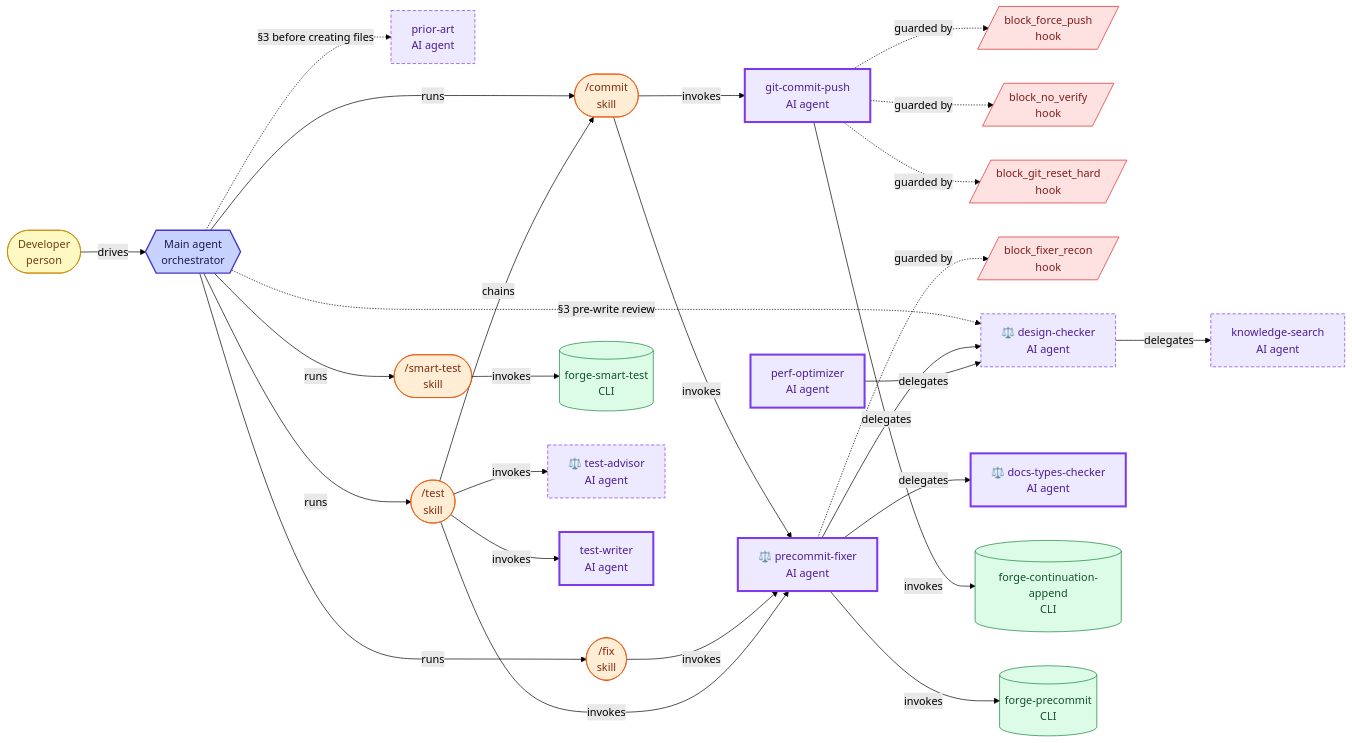
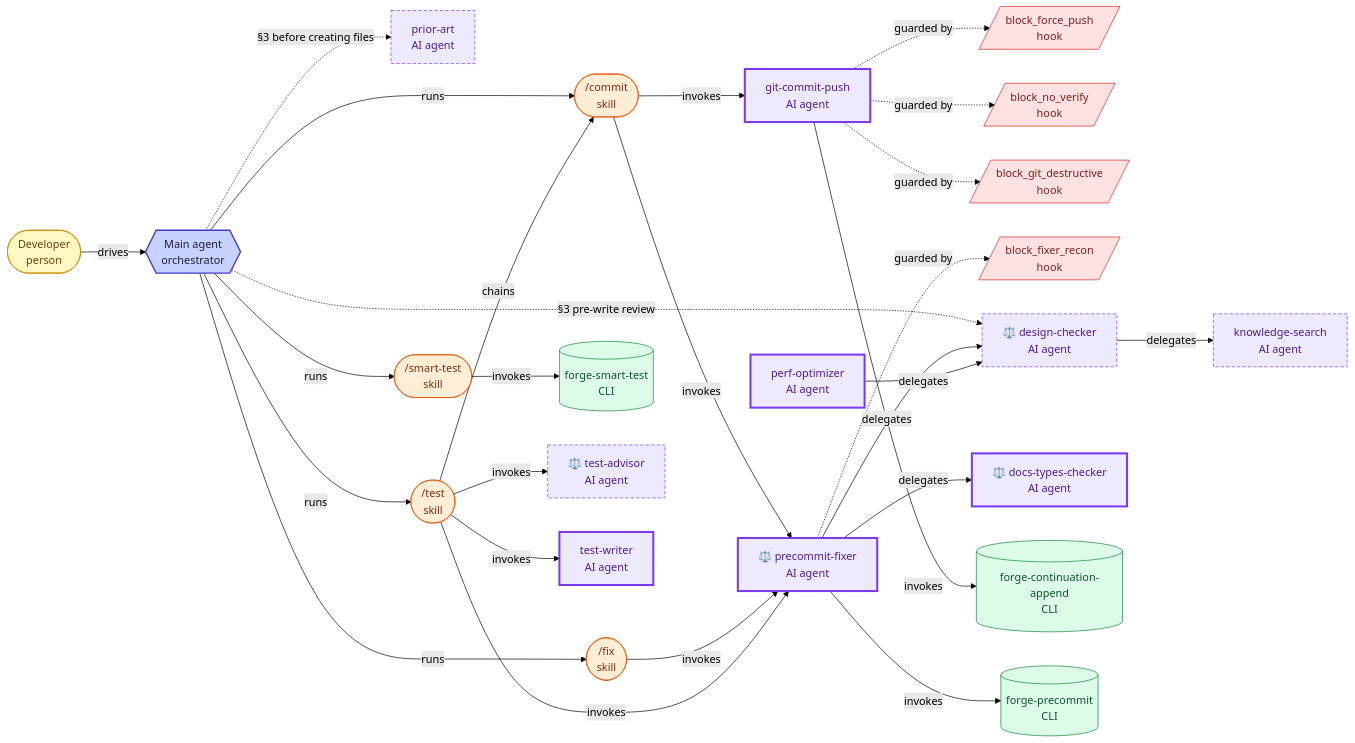
The second of 7 diagrams in docs/agent-architecture.md (misnaej/forge), drawn with Mermaid (forest theme) before and after one commit. The commit also changed 21 other files, not shown here.

```diff
--- a/docs/agent-architecture.md
+++ b/docs/agent-architecture.md
@@ -107,7 +107,7 @@
   human -->|drives| main_agent
   hk_block_force_push[/"block_force_push<br/>hook"/]
   hk_block_no_verify[/"block_no_verify<br/>hook"/]
-  hk_block_git_reset_hard[/"block_git_reset_hard<br/>hook"/]
+  hk_block_git_destructive[/"block_git_destructive<br/>hook"/]
   hk_block_fixer_recon[/"block_fixer_recon<br/>hook"/]
   sk_commit(["/commit<br/>skill"])
   design_checker["⚖️ design-checker<br/>AI agent"]
@@ -147,13 +147,13 @@
   sk_smart_test -->|invokes| cli_forge_smart_test
   git_commit_push -.->|guarded by| hk_block_no_verify
   git_commit_push -.->|guarded by| hk_block_force_push
-  git_commit_push -.->|guarded by| hk_block_git_reset_hard
+  git_commit_push -.->|guarded by| hk_block_git_destructive
   precommit_fixer -.->|guarded by| hk_block_fixer_recon
   class human person
   class main_agent orchestrator
   class hk_block_force_push hook
   class hk_block_no_verify hook
-  class hk_block_git_reset_hard hook
+  class hk_block_git_destructive hook
   class hk_block_fixer_recon hook
   class sk_commit skill
   class design_checker agent
```
